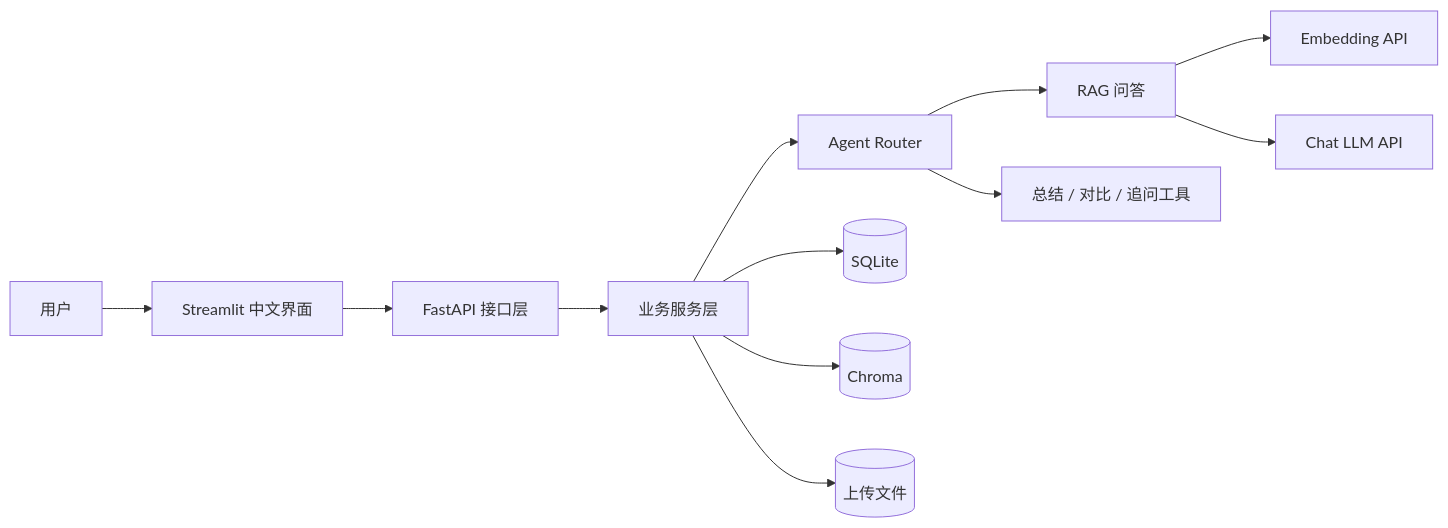
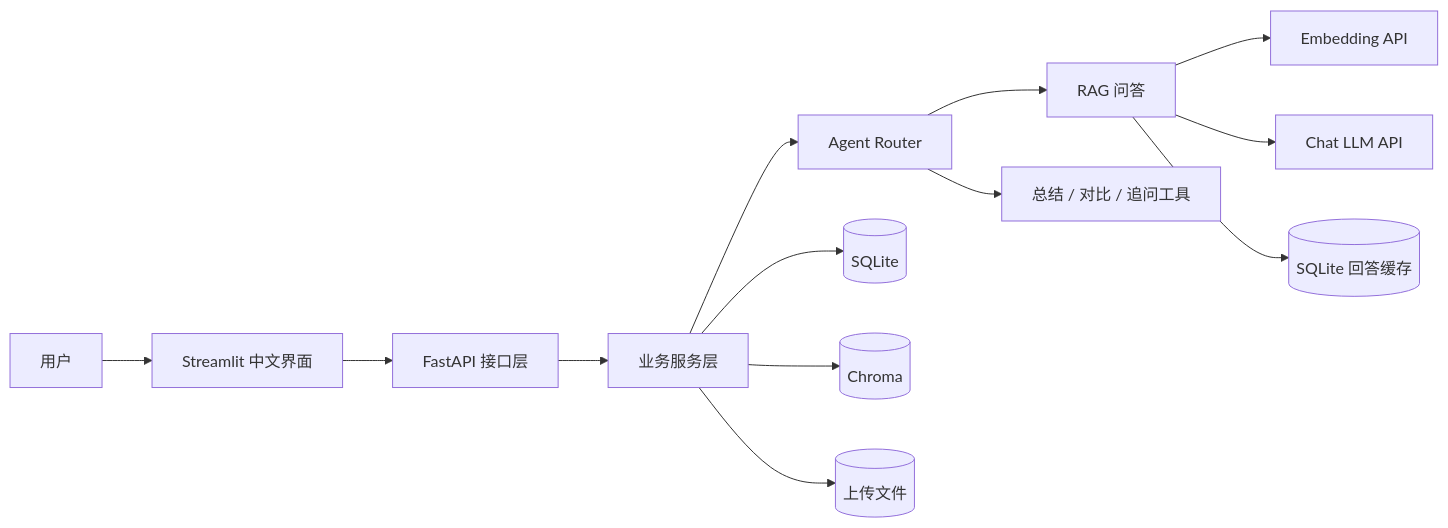
Before and after one commit to dejin-chen/knowflow-ai: the diagram in README.md, drawn with Mermaid. The commit also changed other lines of this file and 25 other files, not shown here.

````diff
--- a/README.md
+++ b/README.md
@@ -36,14 +37,15 @@
 ```mermaid
 flowchart LR
     U["用户"] --> UI["Streamlit 中文界面"]
     UI --> API["FastAPI 接口层"]
     API --> S["业务服务层"]
     S --> AR["Agent Router"]
     AR --> RAG["RAG 问答"]
     AR --> DT["总结 / 对比 / 追问工具"]
     RAG --> EMB["Embedding API"]
     RAG --> LLM["Chat LLM API"]
+    RAG --> CACHE[("SQLite 回答缓存")]
     S --> DB[("SQLite")]
     S --> VS[("Chroma")]
     S --> FS[("上传文件")]
 ```
````
